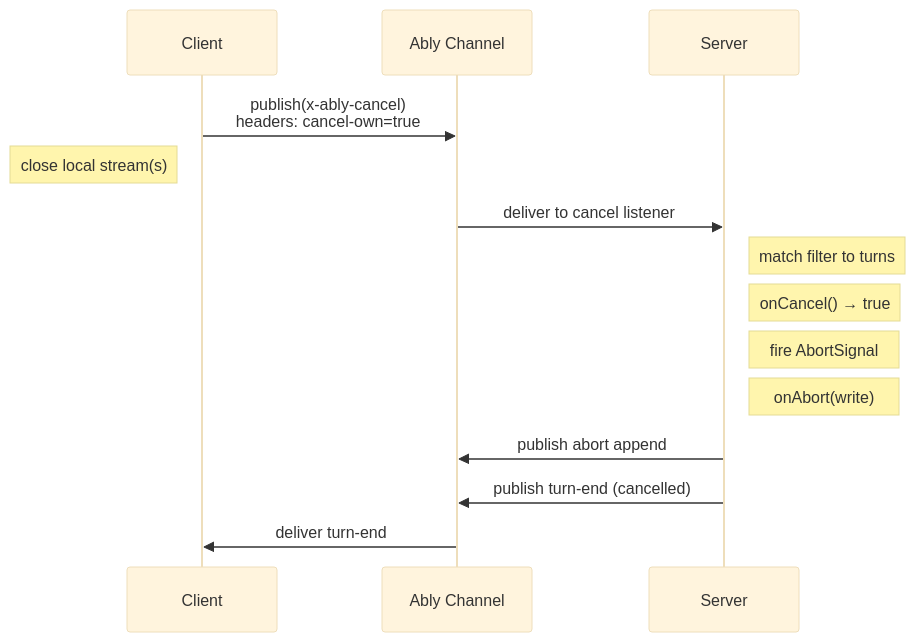
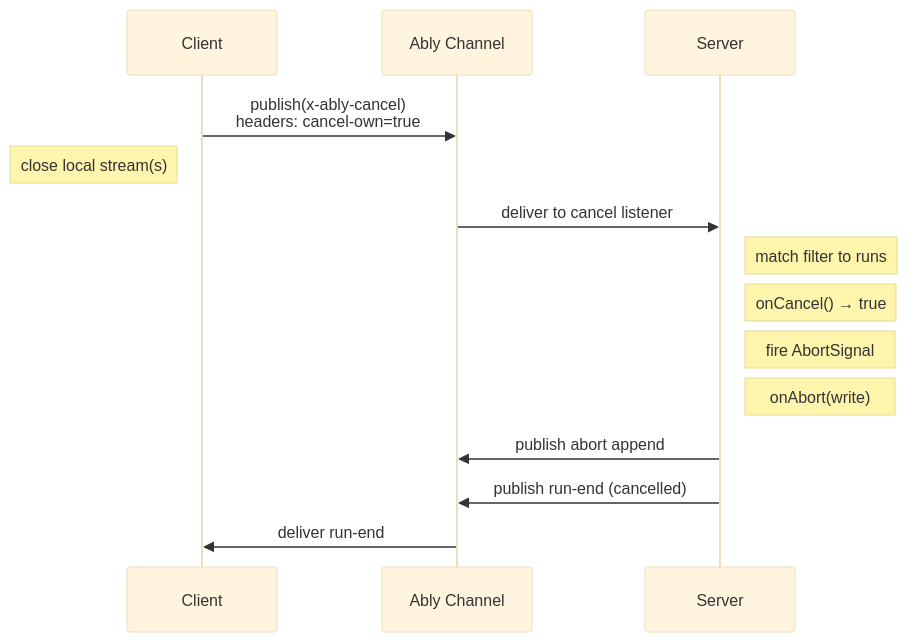
Before and after one commit to ably/ably-ai-transport-js: the diagram in docs/features/cancel.md, drawn with Mermaid (base theme). The commit also changed other lines of this file and 194 other files, not shown here.

First line of the commit message:
Rename Transport->Session, Turn->Run; add connect(), Invocation

````diff
--- a/docs/features/cancel.md
+++ b/docs/features/cancel.md
@@ -85,17 +85,17 @@
 ```mermaid
 sequenceDiagram
     participant C as Client
     participant Ch as Ably Channel
     participant S as Server
 
     C->>Ch: publish(x-ably-cancel)<br/>headers: cancel-own=true
     Note left of C: close local stream(s)
     Ch->>S: deliver to cancel listener
-    Note right of S: match filter to turns
+    Note right of S: match filter to runs
     Note right of S: onCancel() → true
     Note right of S: fire AbortSignal
     Note right of S: onAbort(write)
     S->>Ch: publish abort append
-    S->>Ch: publish turn-end (cancelled)
-    Ch->>C: deliver turn-end
+    S->>Ch: publish run-end (cancelled)
+    Ch->>C: deliver run-end
 ```
````
